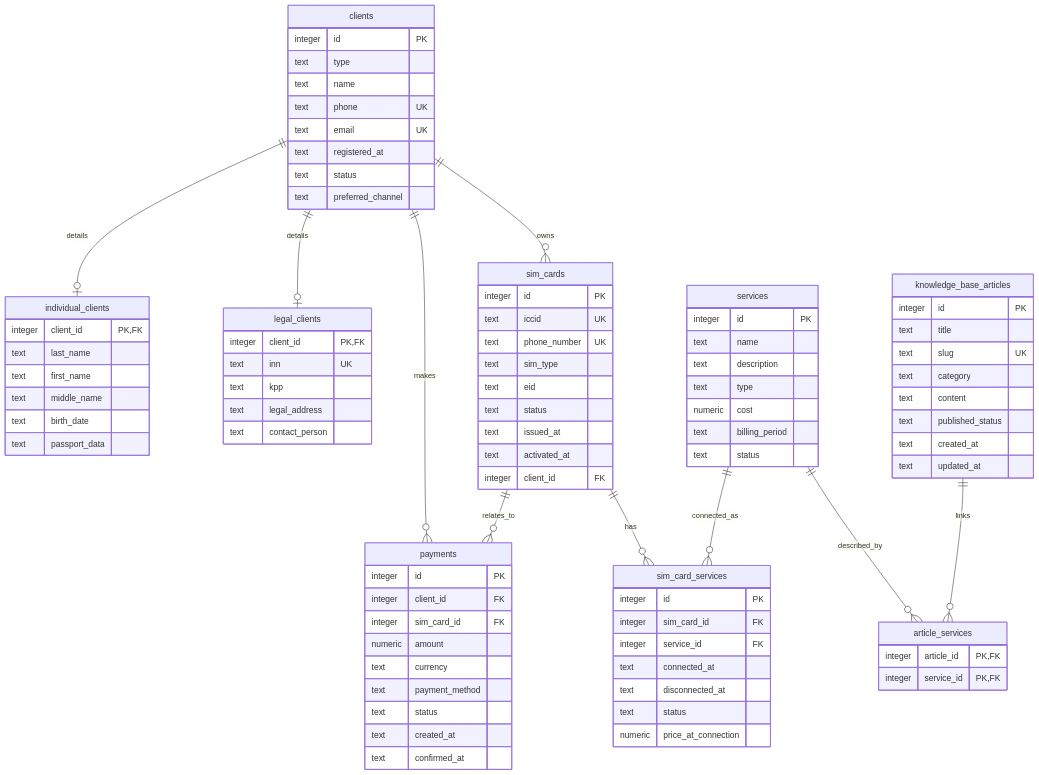
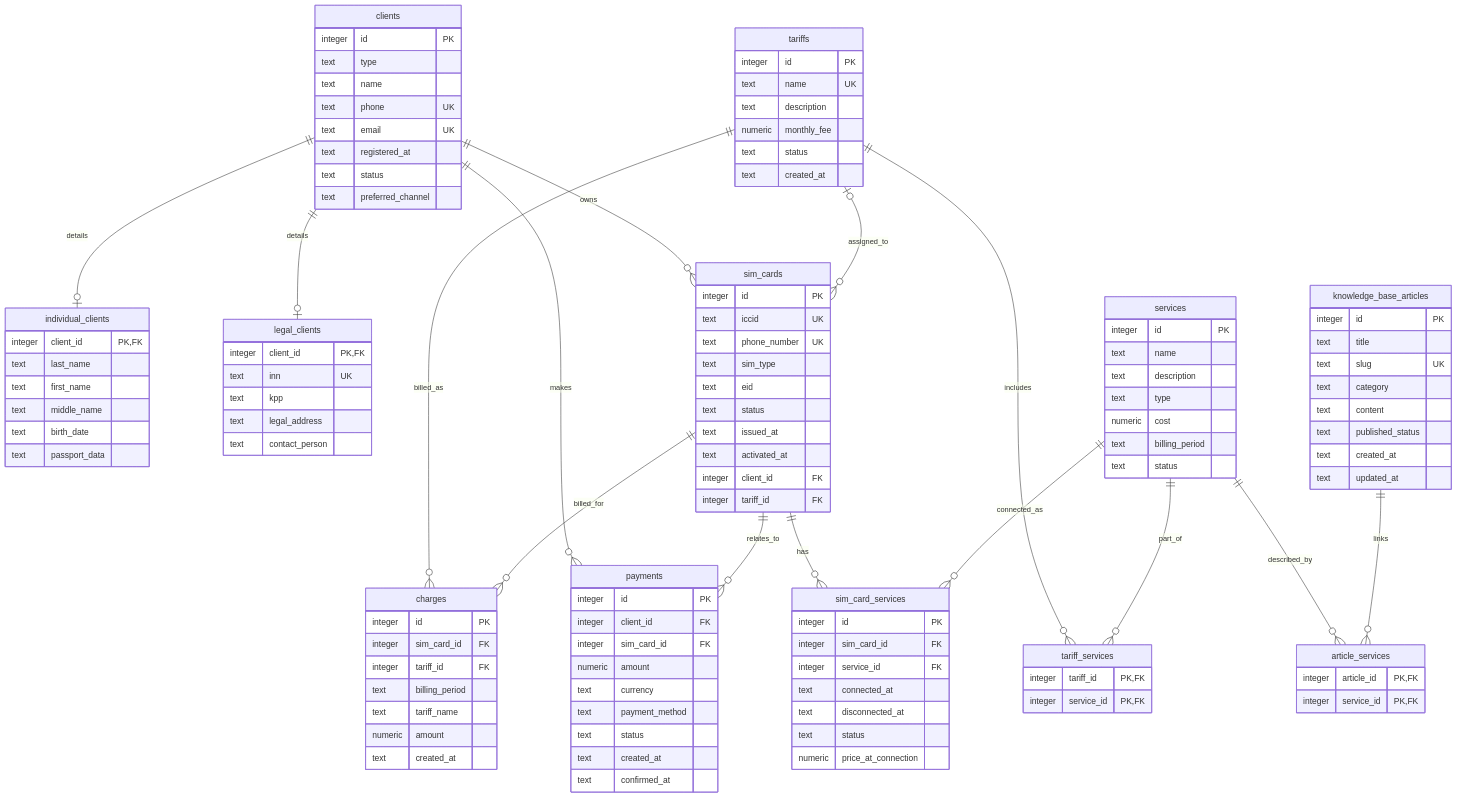
Before and after one commit to Ceebot/deepcoding-guides: the diagram in project/docs/erd.md, drawn with Mermaid. The commit also changed other lines of this file and 26 other files, not shown here.

First line of the commit message:
Add tariff and billing features with tests and documentation

```diff
--- a/project/docs/erd.md
+++ b/project/docs/erd.md
@@ -6,6 +8,11 @@
     clients ||--o| legal_clients : details
     clients ||--o{ sim_cards : owns
     clients ||--o{ payments : makes
+    tariffs o|--o{ sim_cards : assigned_to
+    tariffs ||--o{ tariff_services : includes
+    services ||--o{ tariff_services : part_of
+    tariffs ||--o{ charges : billed_as
+    sim_cards ||--o{ charges : billed_for
     sim_cards ||--o{ payments : relates_to
     sim_cards ||--o{ sim_card_services : has
     services ||--o{ sim_card_services : connected_as
@@ -40,6 +47,15 @@
         text contact_person
     }
 
+    tariffs {
+        integer id PK
+        text name UK
+        text description
+        numeric monthly_fee
+        text status
+        text created_at
+    }
+
     sim_cards {
         integer id PK
         text iccid UK
@@ -50,6 +66,7 @@
         text issued_at
         text activated_at
         integer client_id FK
+        integer tariff_id FK
     }
 
     services {
@@ -62,6 +79,11 @@
         text status
     }
 
+    tariff_services {
+        integer tariff_id PK,FK
+        integer service_id PK,FK
+    }
+
     sim_card_services {
         integer id PK
         integer sim_card_id FK
@@ -70,6 +92,16 @@
         text disconnected_at
         text status
         numeric price_at_connection
+    }
+
+    charges {
+        integer id PK
+        integer sim_card_id FK
+        integer tariff_id FK
+        text billing_period
+        text tariff_name
+        numeric amount
+        text created_at
     }
 
     payments {
```
